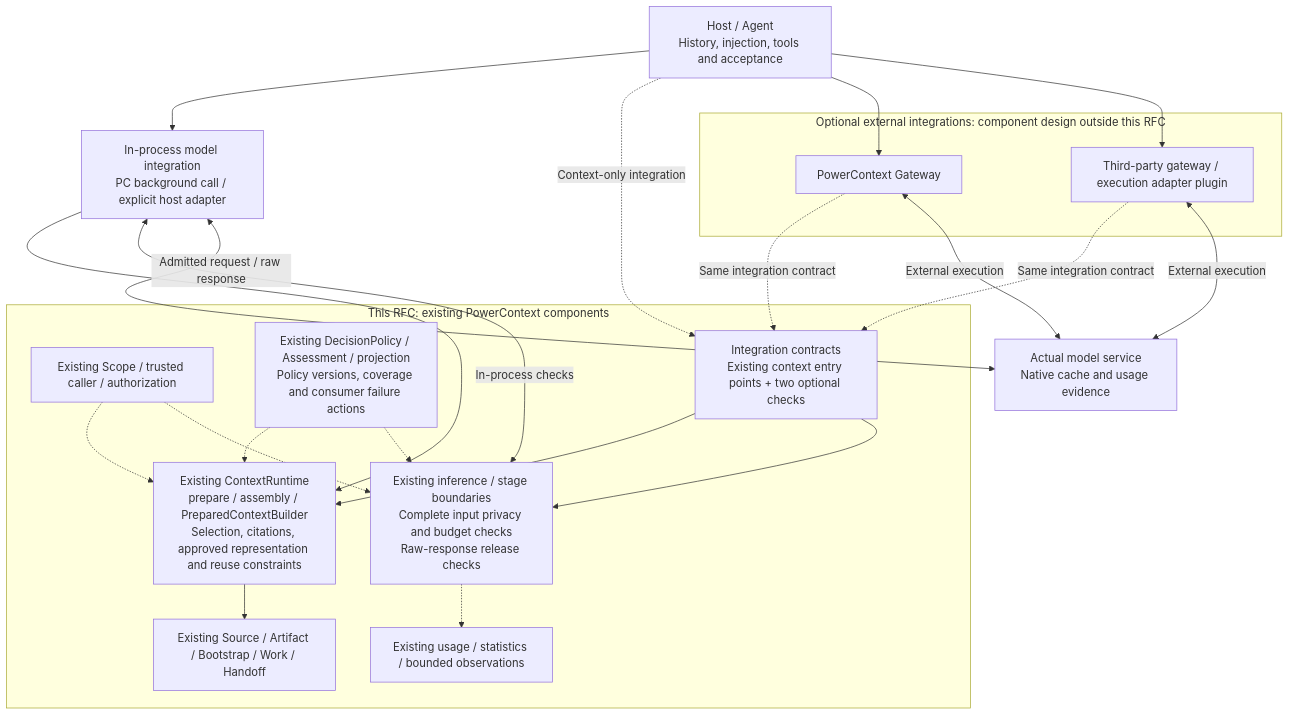
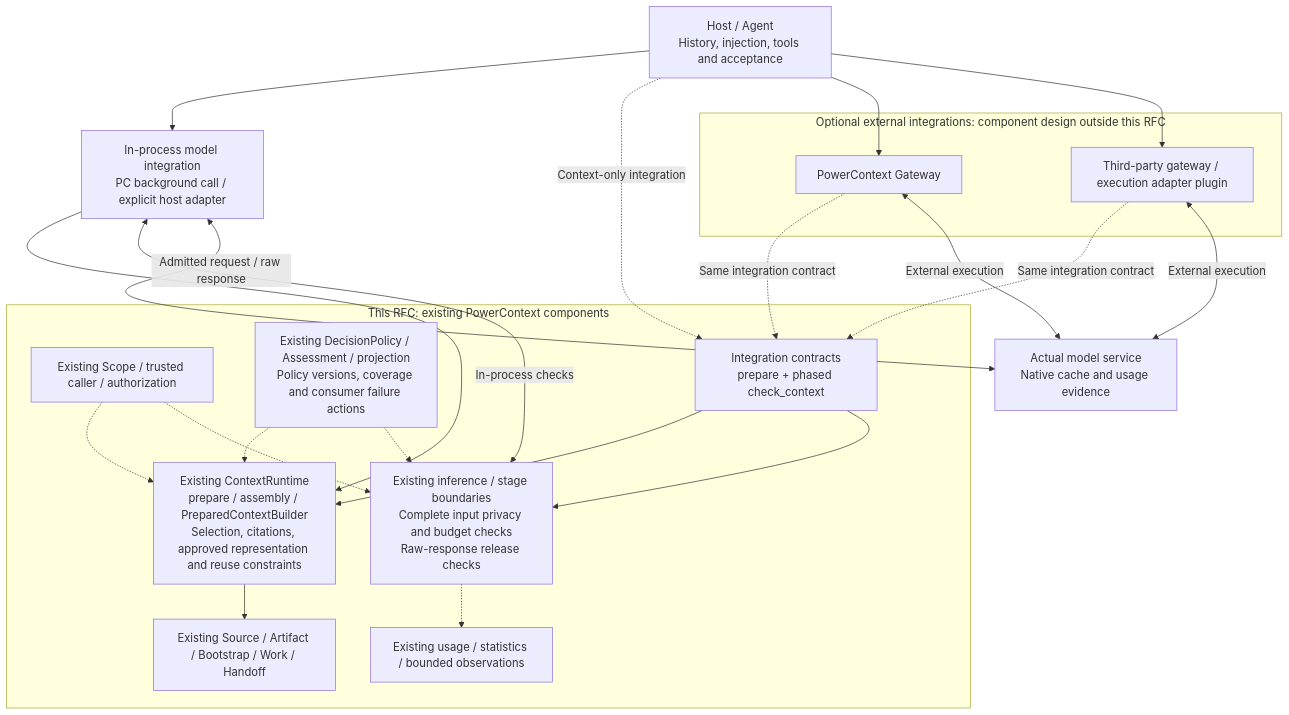
One commit to 2397819368a-oss/powercontext-2026 changed the first of 2 diagrams in docs/en/rfcs/2086-core-inference-gates-and-optional-gateway.md. Above: the diagram before and after it, drawn with Mermaid. The commit also changed other lines of this file and 1 other file, not shown here.

Commit message:
docs(rfc): unify context preparation and safety checks

````diff
--- a/docs/en/rfcs/2086-core-inference-gates-and-optional-gateway.md
+++ b/docs/en/rfcs/2086-core-inference-gates-and-optional-gateway.md
@@ -155,41 +155,41 @@
 ```mermaid
 flowchart TB
     HOST["Host / Agent<br/>History, injection, tools and acceptance"]
     SDK["In-process model integration<br/>PC background call / explicit host adapter"]
 
     subgraph CORE["This RFC: existing PowerContext components"]
         AUTH["Existing Scope / trusted caller / authorization"]
         CONTEXT["Existing ContextRuntime<br/>prepare / assembly / PreparedContextBuilder<br/>Selection, citations, approved representation and reuse constraints"]
         CHECK["Existing inference / stage boundaries<br/>Complete input privacy and budget checks<br/>Raw-response release checks"]
         POLICY["Existing DecisionPolicy / Assessment / projection<br/>Policy versions, coverage and consumer failure actions"]
         DATA["Existing Source / Artifact / Bootstrap / Work / Handoff"]
         USAGE["Existing usage / statistics / bounded observations"]
-        API["Integration contracts<br/>Existing context entry points + two optional checks"]
+        API["Integration contracts<br/>prepare + phased check_context"]
         AUTH -.-> CONTEXT
         AUTH -.-> CHECK
         CONTEXT --> DATA
         POLICY -.-> CONTEXT
         POLICY -.-> CHECK
         CHECK -.-> USAGE
         API --> CONTEXT
         API --> CHECK
     end
 
     subgraph EXTERNAL["Optional external integrations: component design outside this RFC"]
         PCGW["PowerContext Gateway"]
         THIRD["Third-party gateway / execution adapter plugin"]
     end
     MODEL["Actual model service<br/>Native cache and usage evidence"]
 
     HOST --> SDK
     HOST -. "Context-only integration" .-> API
     SDK --> CONTEXT
     SDK <-->|"In-process checks"| CHECK
     SDK <-->|"Admitted request / raw response"| MODEL
     HOST --> PCGW
     HOST --> THIRD
     PCGW -. "Same integration contract" .-> API
     THIRD -. "Same integration contract" .-> API
     PCGW <-->|"External execution"| MODEL
     THIRD <-->|"External execution"| MODEL
 ```
````
